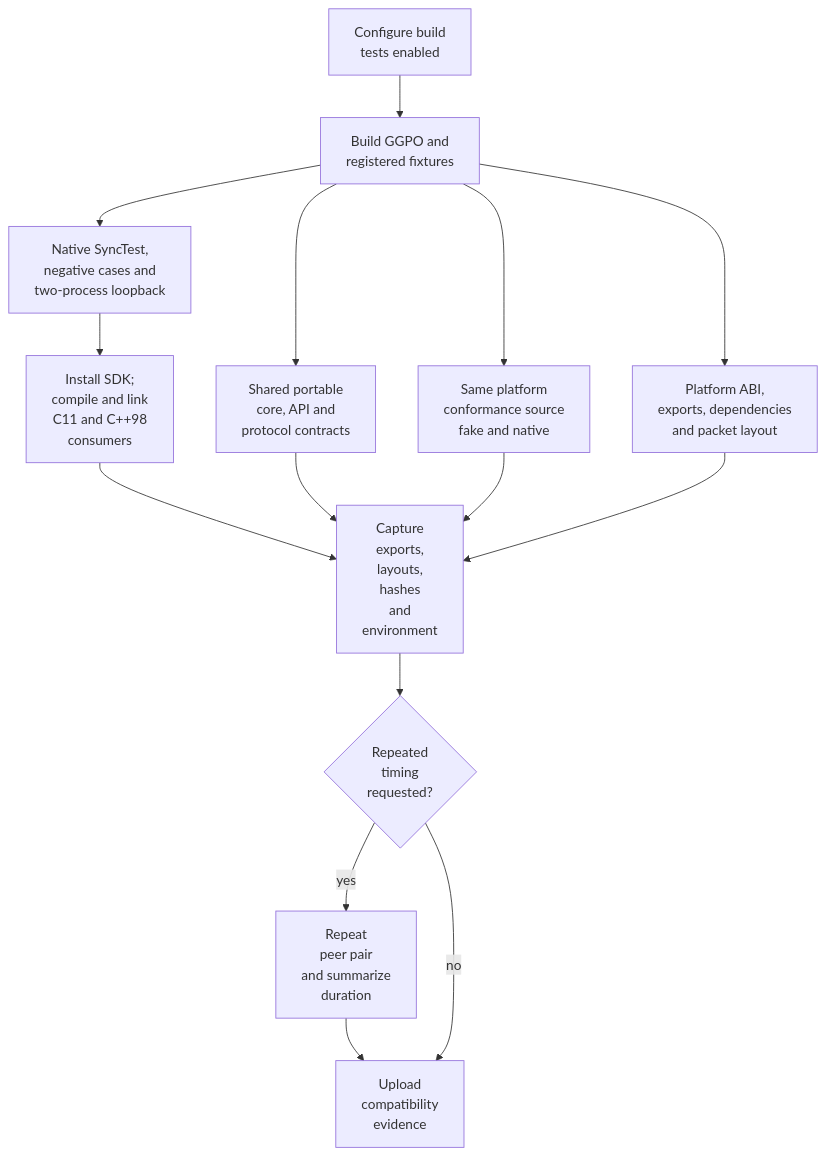
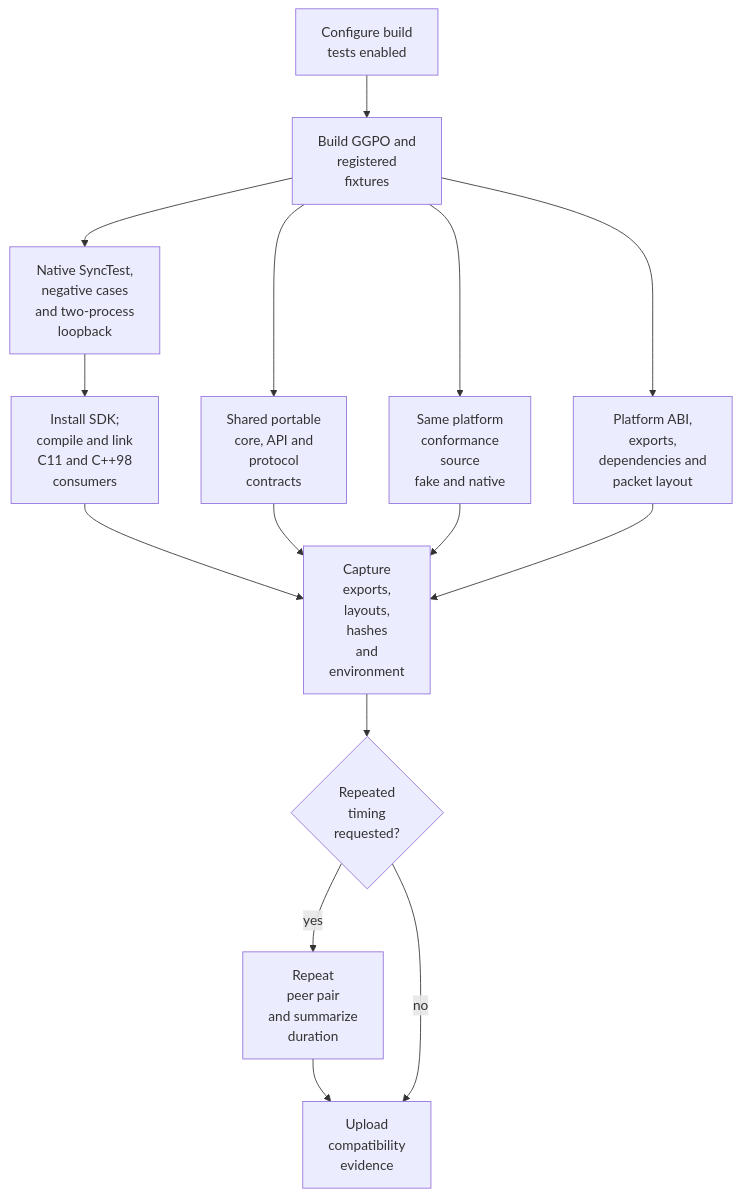
One commit to irregularthanis/ggpo-next changed the third of 7 diagrams in doc/architecture/Testing.md. Above: the diagram before and after it, drawn with Mermaid. The commit also changed other lines of this file and 3 other files, not shown here.

Commit message:
docs: prevent architecture diagram truncation

````diff
--- a/doc/architecture/Testing.md
+++ b/doc/architecture/Testing.md
@@ -495,27 +495,27 @@
 ```mermaid
 flowchart TD
     Configure["Configure build<br/>tests enabled"]
-    Build["Build GGPO and<br/>registered fixtures"]
-    Portable["Shared portable<br/>core, API and<br/>protocol contracts"]
-    Conformance["Same platform<br/>conformance source<br/>fake and native"]
-    Native["Native SyncTest,<br/>negative cases and<br/>two-process loopback"]
-    Layout["Platform ABI,<br/>exports, dependencies<br/>and packet layout"]
+    Build["Build GGPO and<br/>registered<br/>fixtures"]
+    Portable["Shared portable<br/>core, API and<br/>protocol<br/>contracts"]
+    Conformance["Same platform<br/>conformance<br/>source<br/>fake and native"]
+    Native["Native SyncTest,<br/>negative cases<br/>and two-process<br/>loopback"]
+    Layout["Platform ABI,<br/>exports,<br/>dependencies and<br/>packet layout"]
     Consumers["Install SDK;<br/>compile and link<br/>C11 and C++98<br/>consumers"]
     Capture["Capture<br/>exports,<br/>layouts,<br/>hashes<br/>and<br/>environment"]
     Noise{"Repeated<br/>timing<br/>requested?"}
     Repeat["Repeat<br/>peer pair<br/>and summarize<br/>duration"]
     Evidence["Upload<br/>compatibility<br/>evidence"]
 
     Configure --> Build
     Build --> Portable
     Build --> Conformance
     Build --> Native
     Build --> Layout
     Native --> Consumers --> Capture
     Portable --> Capture
     Conformance --> Capture
     Layout --> Capture
     Capture --> Noise
     Noise -->|"yes"| Repeat --> Evidence
     Noise -->|"no"| Evidence
 ```
````
